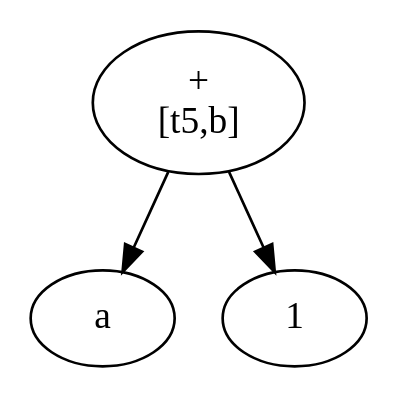
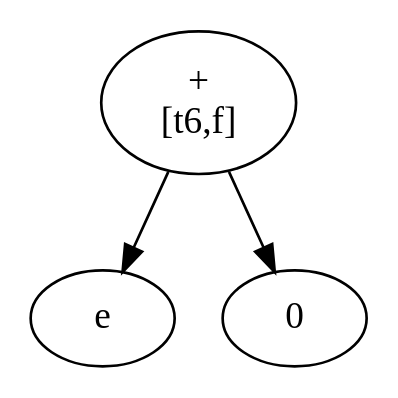
One commit to coralpixel/visual-code-optimizer changed the diagram in out/dag_B2_before.dot. Above: the diagram before and after it, drawn with Graphviz. The commit also changed 21 other files, not shown here.

```diff
--- a/out/dag_B2_before.dot
+++ b/out/dag_B2_before.dot
@@ -1,7 +1,7 @@
 digraph DAG {
-n0 [label="a"];
-n1 [label="1"];
-n2 [label="+\n[t5,b]"];
+n0 [label="e"];
+n1 [label="0"];
+n2 [label="+\n[t6,f]"];
 n2 -> n0;
 n2 -> n1;
 }
```
